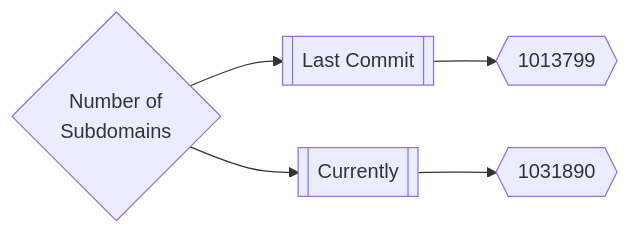
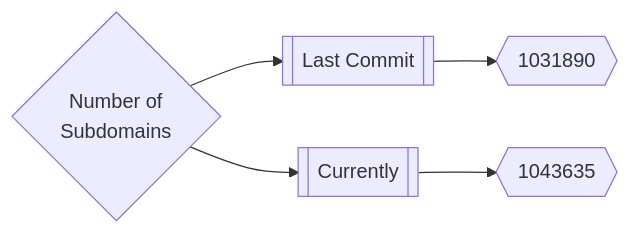
The first of 3 diagrams in README.md (trickest/inventory), drawn with Mermaid before and after one commit. The commit also changed other lines of this file, not shown here.

Commit message:
Update Fri Mar 25 04:01:18 UTC 2022

````diff
--- a/README.md
+++ b/README.md
@@ -165,5 +165,5 @@
 ```mermaid
 graph LR
-title{Number of<br>Subdomains} --> subdomainsDate1[[Last Commit]] --> subdomainsNum1{{1013799}}
-title --> subdomainsDate2[[Currently]] --> subdomainsNum2{{1031890}}
+title{Number of<br>Subdomains} --> subdomainsDate1[[Last Commit]] --> subdomainsNum1{{1031890}}
+title --> subdomainsDate2[[Currently]] --> subdomainsNum2{{1043635}}
 ```
````
